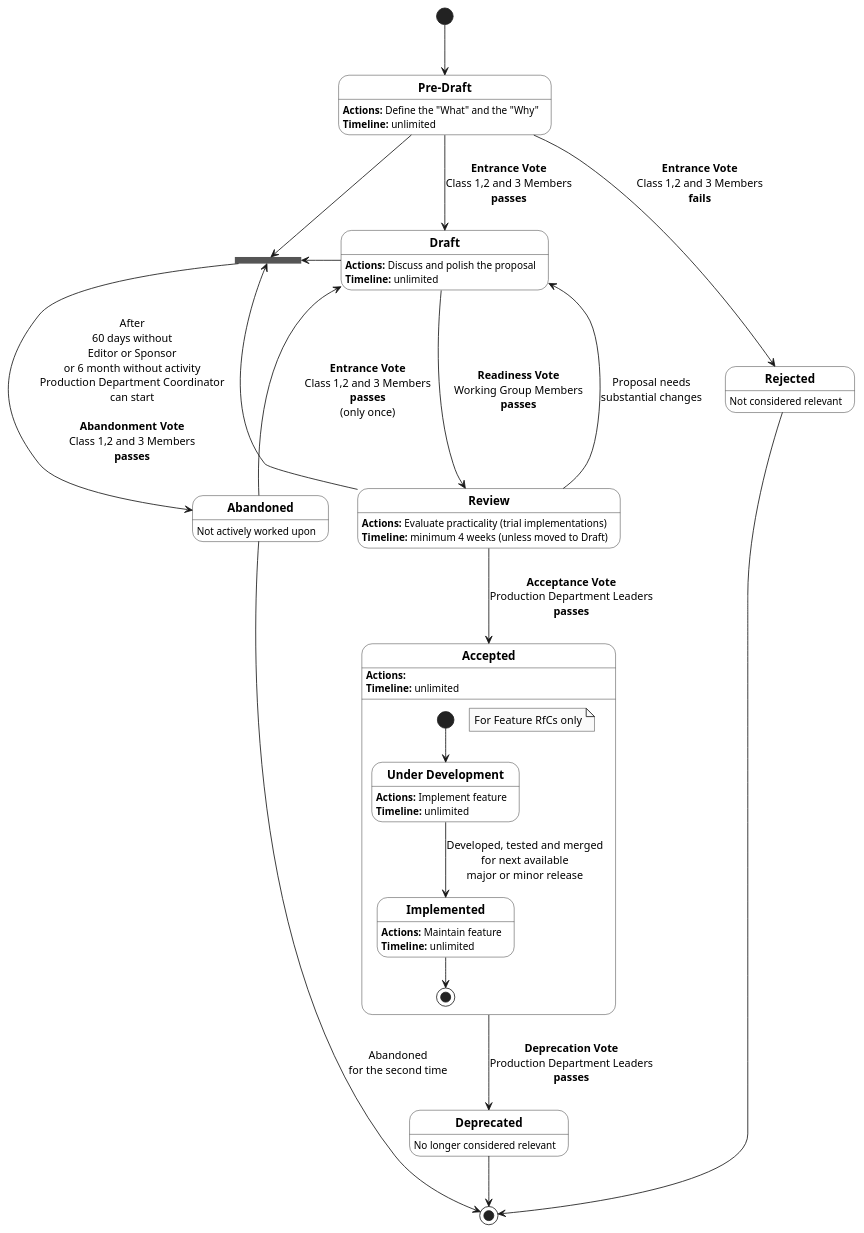
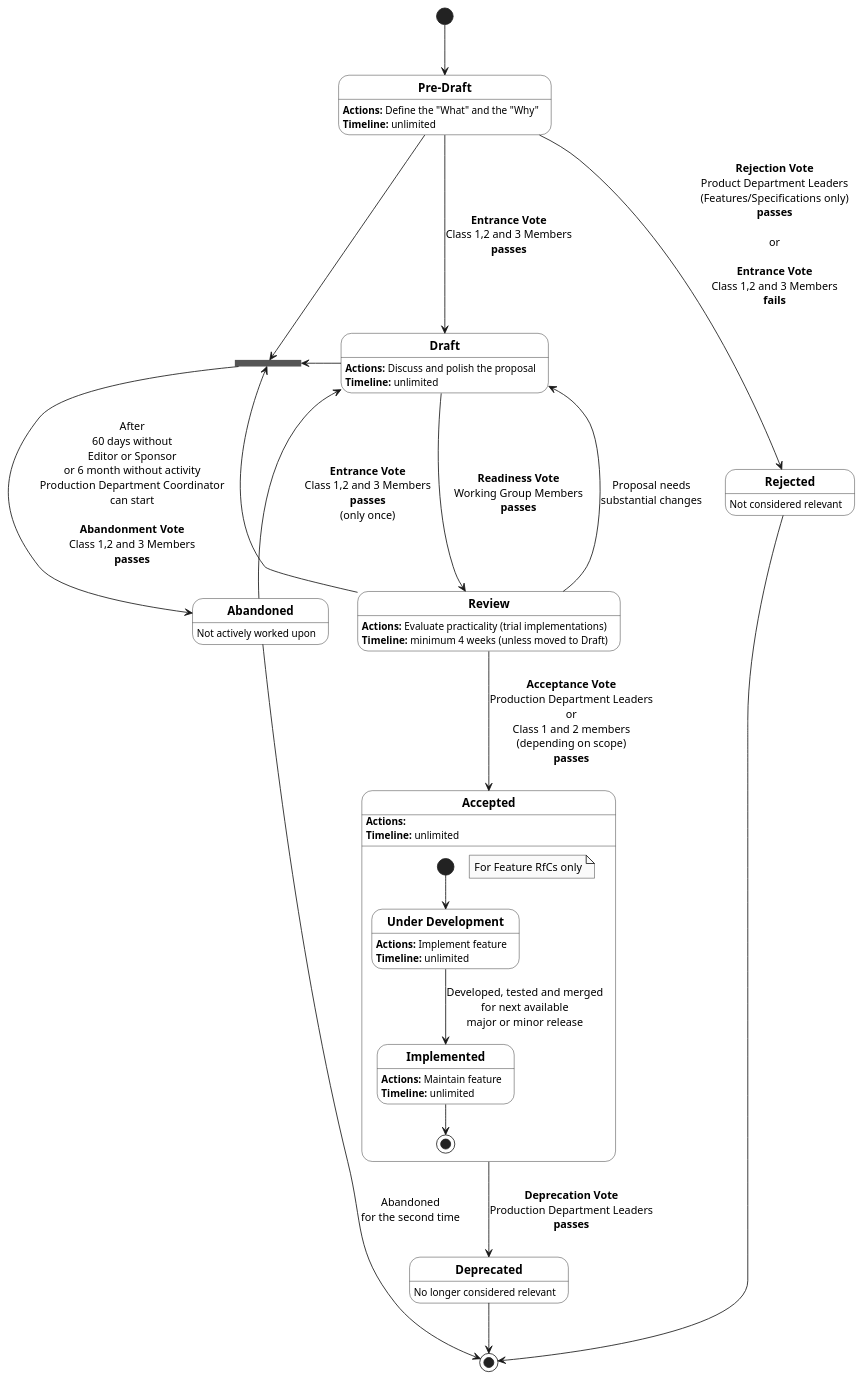
One commit to joomla/rfc changed the diagram in proposed/assets/rfc-workflow.puml. Above: the diagram before and after it, drawn with PlantUML. The commit also changed 3 other files, not shown here.

Commit message:
Added Rejection Vote as an entrance barrier

```diff
--- a/proposed/assets/rfc-workflow.puml
+++ b/proposed/assets/rfc-workflow.puml
@@ -1,86 +1,86 @@
 @startuml
 skinparam monochrome true
 skinparam state {
     BackgroundColor White
 }
 
 [*] --> PreDraft
 
 state PreDraft as "**Pre-Draft**" {
 }
 
 state Draft as "**Draft**" {
 }
 
 state Review as "**Review**" {
 }
 
 state Accepted as "**Accepted**" {
     state "**Under Development**" as Development
     state Implemented as "**Implemented**" {
     }
 
     Development: **Actions:** Implement feature
     Development: **Timeline:** unlimited
 
     Implemented: **Actions:** Maintain feature
     Implemented: **Timeline:** unlimited
 
     note "For Feature RfCs only" as N1
     [*] --> Development
     Development --> Implemented: Developed, tested and merged\nfor next available\nmajor or minor release
     Implemented --> [*]
 }
 
 state Deprecated as "**Deprecated**" {
 }
 
 state Abandoned as "**Abandoned**" {
 }
 
 state Rejected as "**Rejected**" {
 }
 
 state O <<join>>
 
 
 PreDraft --> Draft: **Entrance Vote**\nClass 1,2 and 3 Members\n**passes**
-PreDraft --> Rejected: **Entrance Vote**\nClass 1,2 and 3 Members\n**fails**
+PreDraft --> Rejected: **Rejection Vote**\nProduct Department Leaders\n(Features/Specifications only)\n**passes**\n\nor\n\n**Entrance Vote**\nClass 1,2 and 3 Members\n**fails**
 
 Draft --> Review: **Readiness Vote**\nWorking Group Members\n**passes**
 
 Review --> Draft: Proposal needs\nsubstantial changes
-Review --> Accepted: **Acceptance Vote**\nProduction Department Leaders\n**passes**
+Review --> Accepted: **Acceptance Vote**\nProduction Department Leaders\nor\nClass 1 and 2 members\n(depending on scope)\n**passes**
 
 Accepted --> Deprecated: **Deprecation Vote**\nProduction Department Leaders\n**passes**
 
 
 O --> Abandoned: After\n60 days without\nEditor or Sponsor\nor 6 month without activity\nProduction Department Coordinator\ncan start\n\n**Abandonment Vote**\nClass 1,2 and 3 Members\n**passes**
 
 PreDraft -> O
 Draft -left-> O
 Review -left-> O
 
 Abandoned -up-> Draft: **Entrance Vote**\nClass 1,2 and 3 Members\n**passes**\n(only once)
 
 Abandoned --> [*]: Abandoned\nfor the second time
 Deprecated --> [*]
 Rejected --> [*]
 
 PreDraft: **Actions:** Define the "What" and the "Why"
 PreDraft: **Timeline:** unlimited
 
 Draft: **Actions:** Discuss and polish the proposal
 Draft: **Timeline:** unlimited
 
 Review: **Actions:** Evaluate practicality (trial implementations)
 Review: **Timeline:** minimum 4 weeks (unless moved to Draft)
 
 Accepted: **Actions:**
 Accepted: **Timeline:** unlimited
 
 Abandoned: Not actively worked upon
 Deprecated: No longer considered relevant
 Rejected: Not considered relevant
 
 @enduml
```
